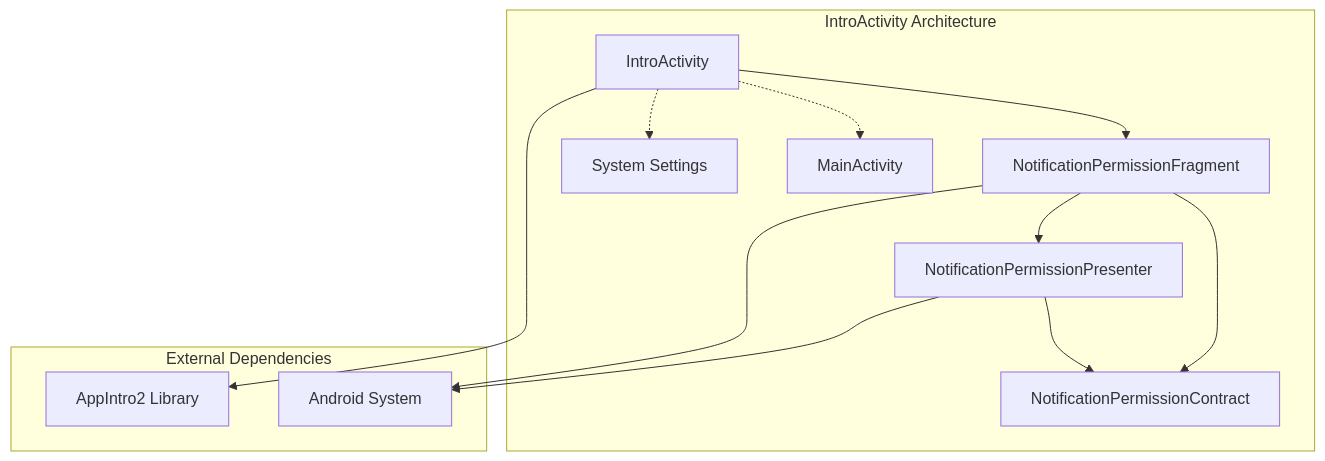
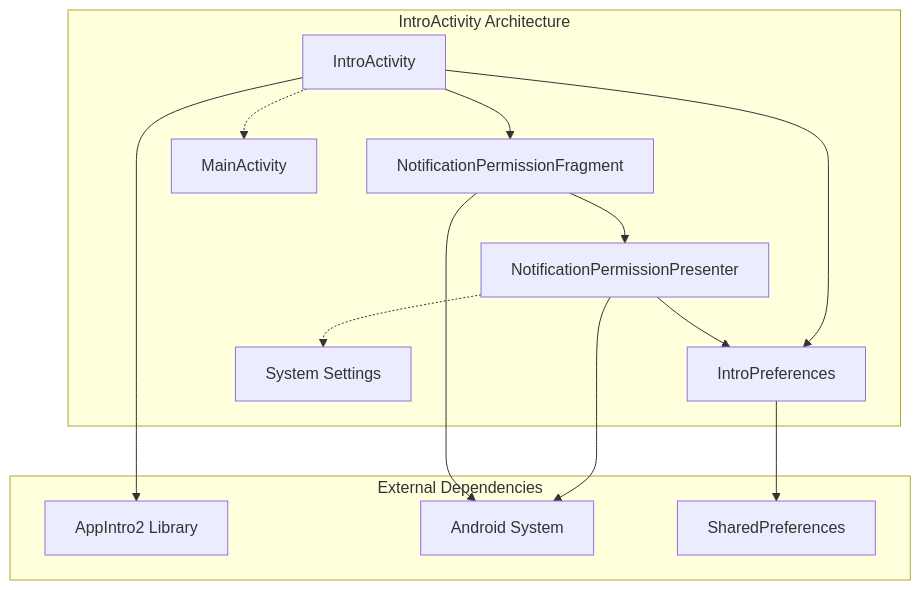
The first of 9 diagrams in docs/IntroActivity_Architecture.md (David6811/AndroidActivityLifeCycleDemo), drawn with Mermaid before and after one commit. The commit also changed other lines of this file and 3 other files, not shown here.

````diff
--- a/docs/IntroActivity_Architecture.md
+++ b/docs/IntroActivity_Architecture.md
@@ -9,26 +9,28 @@
 ```mermaid
 graph TB
     subgraph "IntroActivity Architecture"
         IA[IntroActivity]
         NPF[NotificationPermissionFragment]
-        NPC[NotificationPermissionContract]
         NPP[NotificationPermissionPresenter]
+        IP[IntroPreferences]
         
         IA --> NPF
-        NPF --> NPC
         NPF --> NPP
-        NPP --> NPC
+        NPP --> IP
+        IA --> IP
         
         IA -.-> MA[MainActivity]
-        IA -.-> Settings[System Settings]
+        NPP -.-> Settings[System Settings]
     end
     
     subgraph "External Dependencies"
         AppIntro[AppIntro2 Library]
         Android[Android System]
+        SP[SharedPreferences]
     end
     
     IA --> AppIntro
     NPF --> Android
     NPP --> Android
+    IP --> SP
 ```
````
